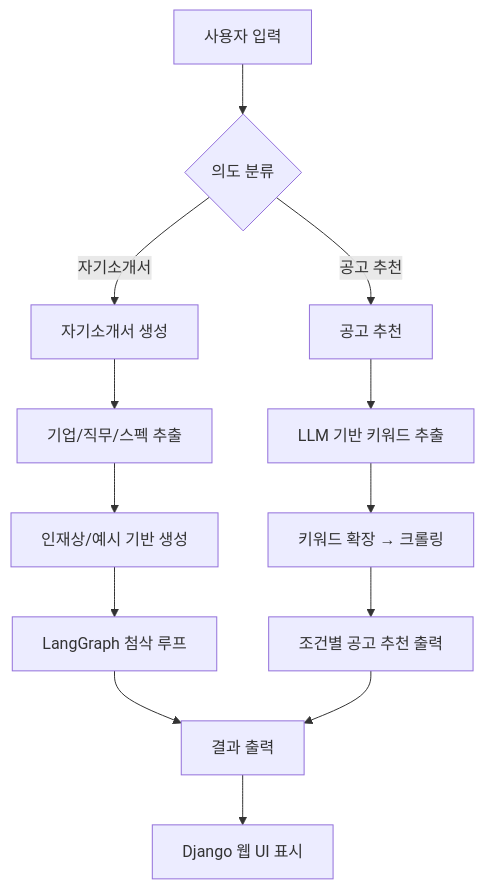
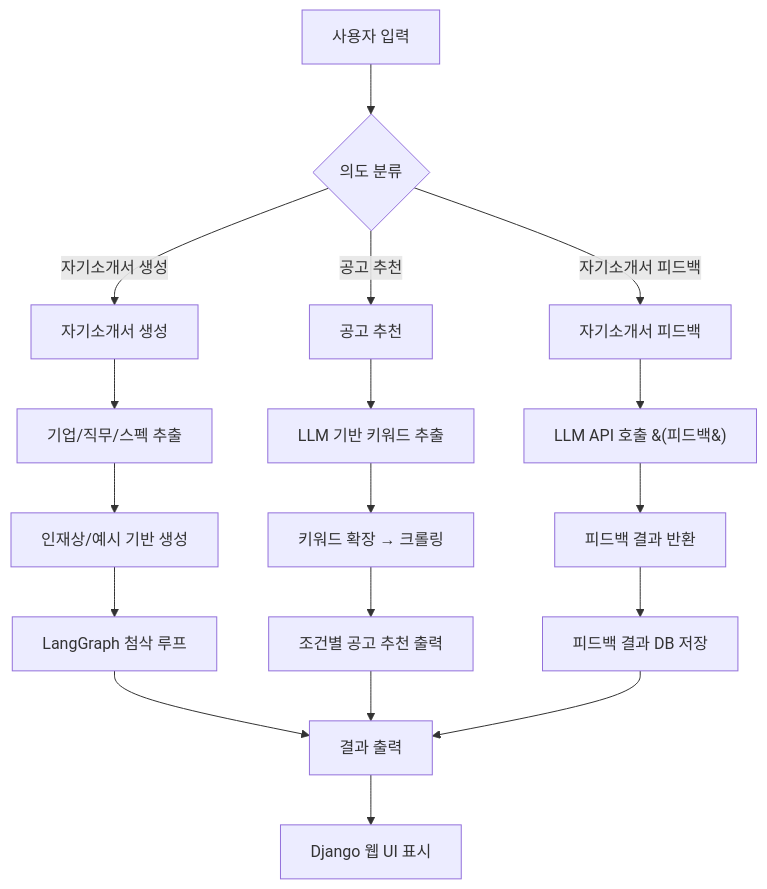
One commit to SKNETWORKS-FAMILY-AICAMP/skn15-4th-2team changed the diagram in README.md. Above: the diagram before and after it, drawn with Mermaid.

````diff
--- a/README.md
+++ b/README.md
@@ -80,18 +80,28 @@
 ```mermaid
 flowchart TD
     A[사용자 입력] --> B{의도 분류}
-    B -->|자기소개서| C[자기소개서 생성]
-    B -->|공고 추천| D[공고 추천]
 
+    %% 분기 1: 자기소개서 생성
+    B -->|자기소개서 생성| C[자기소개서 생성]
     C --> C1[기업/직무/스펙 추출]
     C1 --> C2[인재상/예시 기반 생성]
     C2 --> C3[LangGraph 첨삭 루프]
     C3 --> E[결과 출력]
 
+    %% 분기 2: 공고 추천
+    B -->|공고 추천| D[공고 추천]
     D --> D1[LLM 기반 키워드 추출]
     D1 --> D2[키워드 확장 → 크롤링]
     D2 --> D3[조건별 공고 추천 출력]
-    D3 --> E[결과 출력]
+    D3 --> E
 
-    E --> F[Django 웹 UI 표시]
+    %% 분기 3: 자기소개서 피드백
+    B -->|자기소개서 피드백| F[자기소개서 피드백]
+    F --> F1[LLM API 호출 &#40;피드백&#41;]
+    F1 --> F2[피드백 결과 반환]
+    F2 --> F3[피드백 결과 DB 저장]
+    F3 --> E
+
+    %% 출력
+    E --> G[Django 웹 UI 표시]
 ``` 
````
